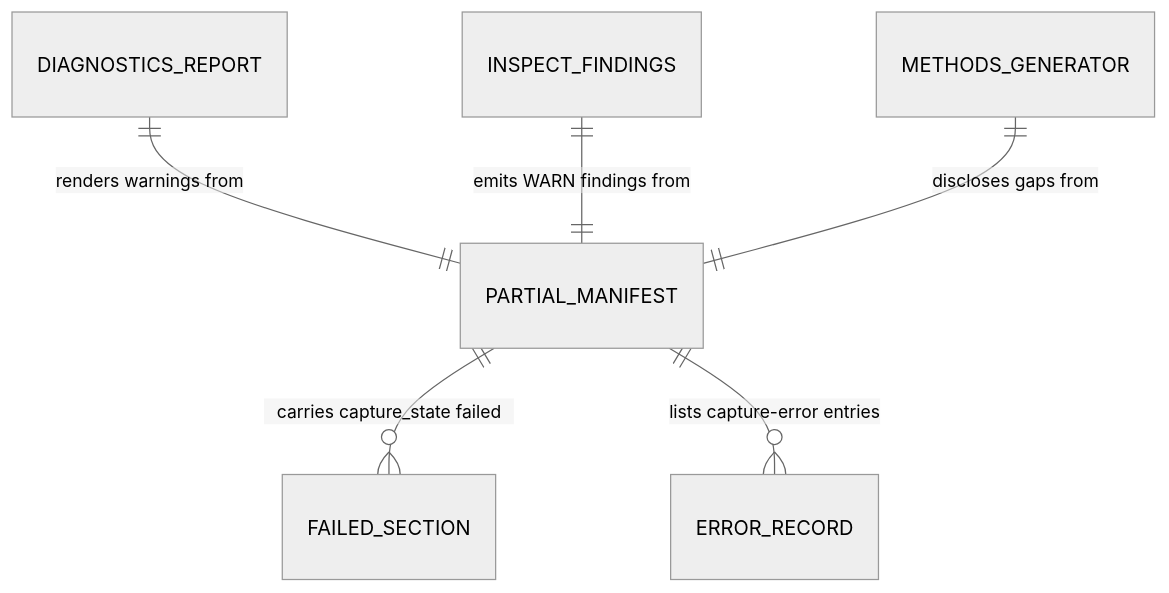
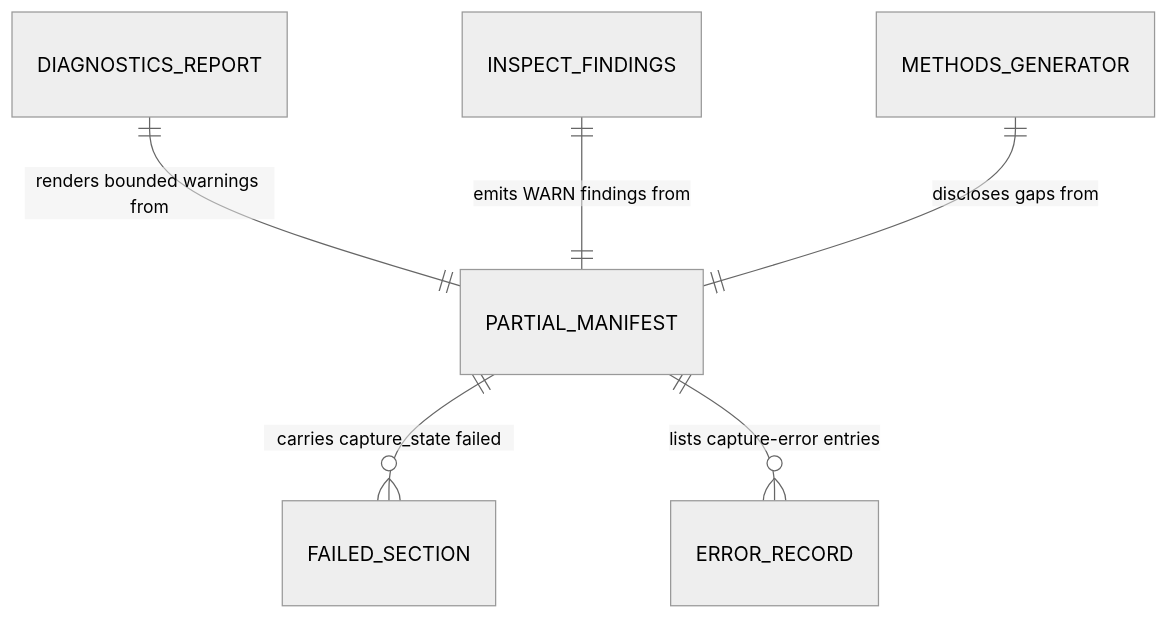
Before and after one commit to fariello/pubrun: the second of 2 diagrams in .aw/records/plans/pending/20261121-cap-isolation-03-26euz0-partial-manifest-diagnostics-inspect-findings-and-methods-ho.ipd.md, drawn with Mermaid (neutral theme). The commit also changed other lines of this file and 1 other file, not shown here.

````diff
--- a/.aw/records/plans/pending/20261121-cap-isolation-03-26euz0-partial-manifest-diagnostics-inspect-findings-and-methods-ho.ipd.md
+++ b/.aw/records/plans/pending/20261121-cap-isolation-03-26euz0-partial-manifest-diagnostics-inspect-findings-and-methods-ho.ipd.md
@@ -46,8 +49,8 @@
 ```mermaid
 erDiagram
     PARTIAL_MANIFEST ||--o{ FAILED_SECTION : "carries capture_state failed"
     PARTIAL_MANIFEST ||--o{ ERROR_RECORD : "lists capture-error entries"
-    DIAGNOSTICS_REPORT ||--|| PARTIAL_MANIFEST : "renders warnings from"
+    DIAGNOSTICS_REPORT ||--|| PARTIAL_MANIFEST : "renders bounded warnings from"
     INSPECT_FINDINGS ||--|| PARTIAL_MANIFEST : "emits WARN findings from"
     METHODS_GENERATOR ||--|| PARTIAL_MANIFEST : "discloses gaps from"
 ```
````
